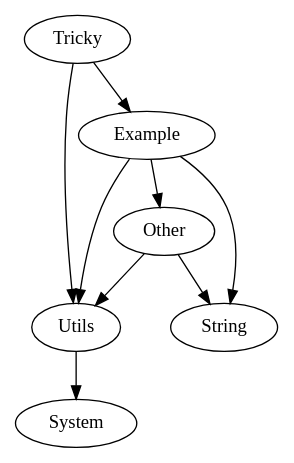
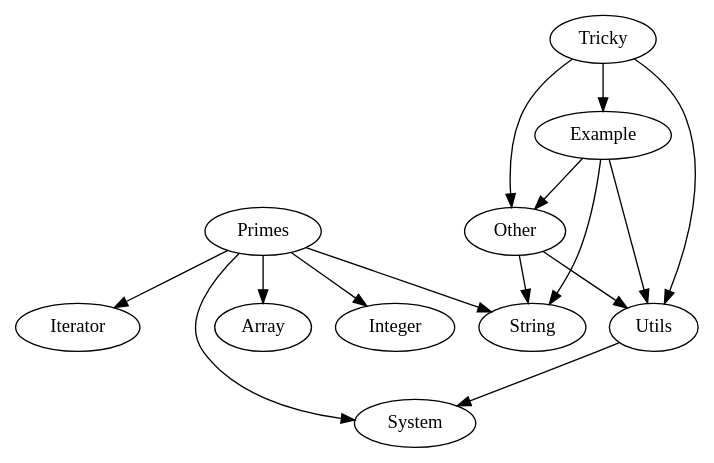
Before and after one commit to Zebzab7/programanalysis: the diagram in graph.dot, drawn with Graphviz. The commit also changed 2 other files, not shown here.

Commit message:
Update tricky

```diff
--- a/graph.dot
+++ b/graph.dot
@@ -1,10 +1,16 @@
 digraph G {
+Primes -> Array
+Primes -> Integer
+Primes -> Iterator
+Primes -> String
+Primes -> System
+Utils -> System
 Other -> Utils
 Other -> String
-Tricky -> Utils
-Tricky -> Example
-Utils -> System
 Example -> Utils
 Example -> String
 Example -> Other
+Tricky -> Utils
+Tricky -> Example
+Tricky -> Other
 }
```
